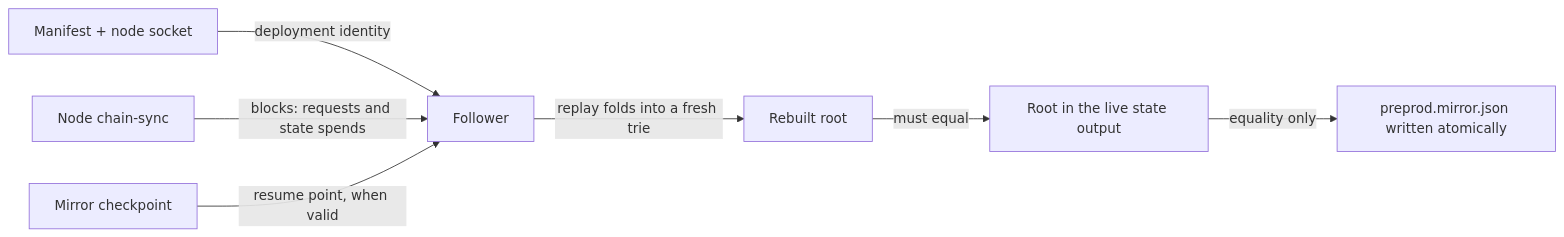
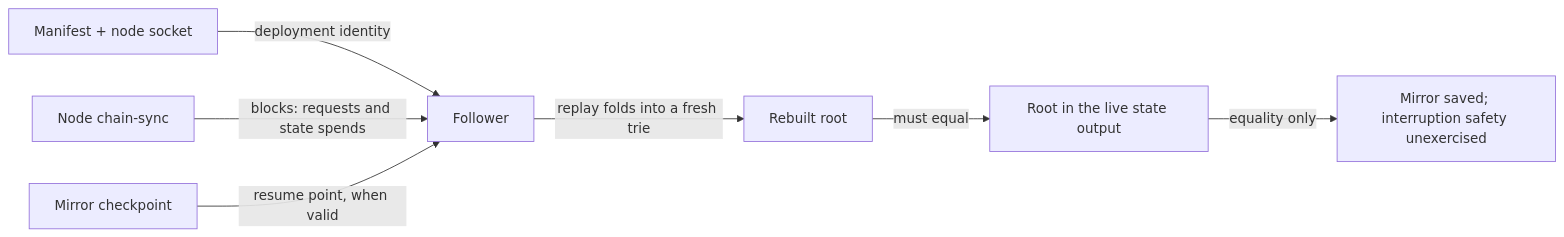
The diagram in specs/107-registry-follower/spec.md (lambdasistemi/singular), drawn with Mermaid before and after one commit. The commit also changed other lines of this file and 5 other files, not shown here.

````diff
--- a/specs/107-registry-follower/spec.md
+++ b/specs/107-registry-follower/spec.md
@@ -37,9 +41,9 @@
 ```mermaid
 flowchart LR
     M[Manifest + node socket] -->|deployment identity| F[Follower]
     N[Node chain-sync] -->|blocks: requests and state spends| F
     C[Mirror checkpoint] -->|resume point, when valid| F
     F -->|replay folds into a fresh trie| RB[Rebuilt root]
     RB -->|must equal| S[Root in the live state output]
-    S -->|equality only| W[preprod.mirror.json written atomically]
+    S -->|equality only| W[Mirror saved; interruption safety unexercised]
 ```
````
